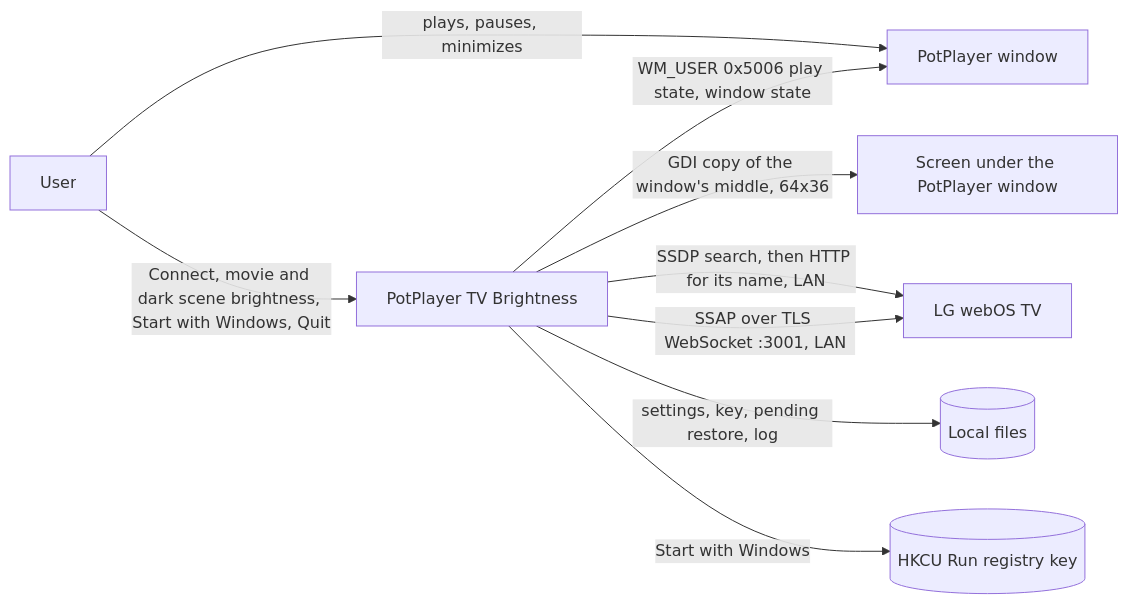
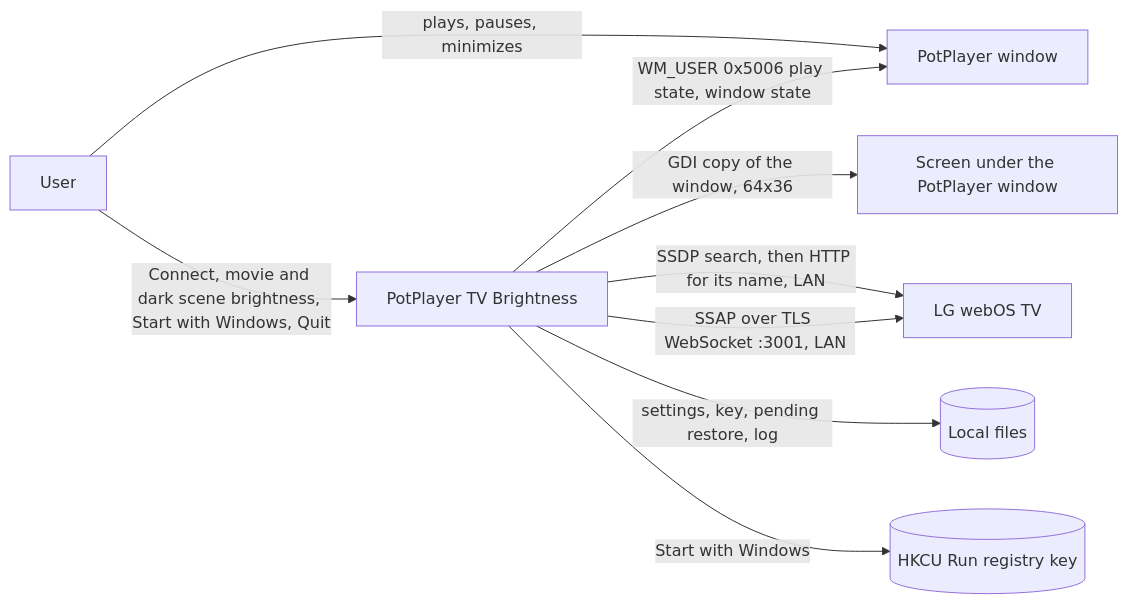
Before and after one commit to roko-tech/potplayer-tv-brightness: the diagram in docs/architecture/overview.md, drawn with Mermaid. The commit also changed other lines of this file and 10 other files, not shown here.

````diff
--- a/docs/architecture/overview.md
+++ b/docs/architecture/overview.md
@@ -11,11 +11,11 @@
 ```mermaid
 flowchart LR
     User[User] -->|plays, pauses, minimizes| PotPlayer[PotPlayer window]
     User -->|Connect, movie and dark scene brightness, Start with Windows, Quit| App[PotPlayer TV Brightness]
     App -->|WM_USER 0x5006 play state, window state| PotPlayer
-    App -->|GDI copy of the window's middle, 64x36| Screen[Screen under the PotPlayer window]
+    App -->|GDI copy of the window, 64x36| Screen[Screen under the PotPlayer window]
     App -->|SSDP search, then HTTP for its name, LAN| TV[LG webOS TV]
     App -->|SSAP over TLS WebSocket :3001, LAN| TV
     App -->|settings, key, pending restore, log| Files[(Local files)]
     App -->|Start with Windows| Run[(HKCU Run registry key)]
 ```
````
